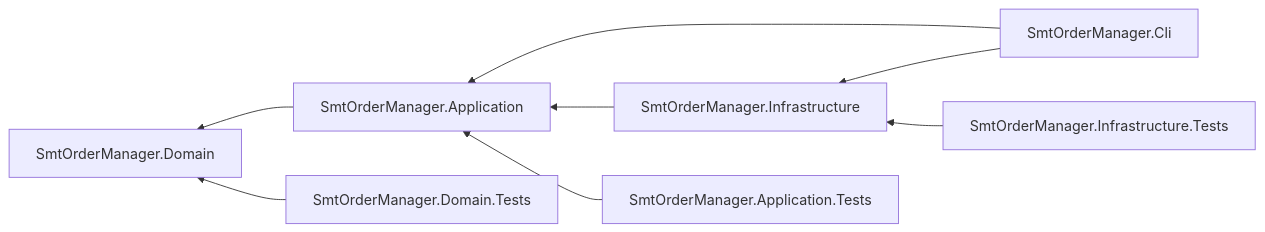
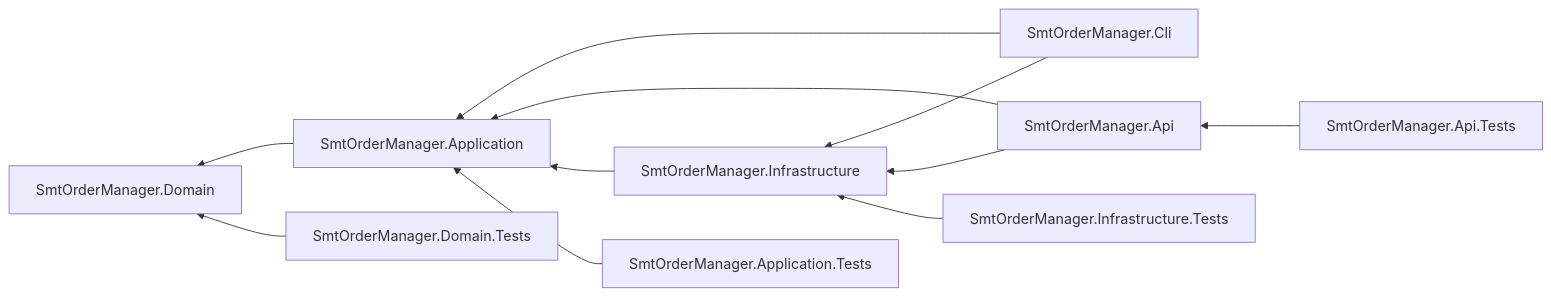
Before and after one commit to mikhail-poda/smt-order-manager: the second of 6 diagrams in docs/architecture.md, drawn with Mermaid. The commit also changed other lines of this file and 3 other files, not shown here.

````diff
--- a/docs/architecture.md
+++ b/docs/architecture.md
@@ -45,18 +51,23 @@
 ```mermaid
 flowchart RL
     CLI["SmtOrderManager.Cli"]
+    API["SmtOrderManager.Api"]
     INFRA["SmtOrderManager.Infrastructure"]
     APP["SmtOrderManager.Application"]
     DOMAIN["SmtOrderManager.Domain"]
     DTESTS["SmtOrderManager.Domain.Tests"]
     ATESTS["SmtOrderManager.Application.Tests"]
     ITESTS["SmtOrderManager.Infrastructure.Tests"]
+    APITESTS["SmtOrderManager.Api.Tests"]
 
     CLI --> APP
     CLI --> INFRA
+    API --> APP
+    API --> INFRA
     INFRA --> APP
     APP --> DOMAIN
     DTESTS --> DOMAIN
     ATESTS --> APP
     ITESTS --> INFRA
+    APITESTS --> API
 ```
````
